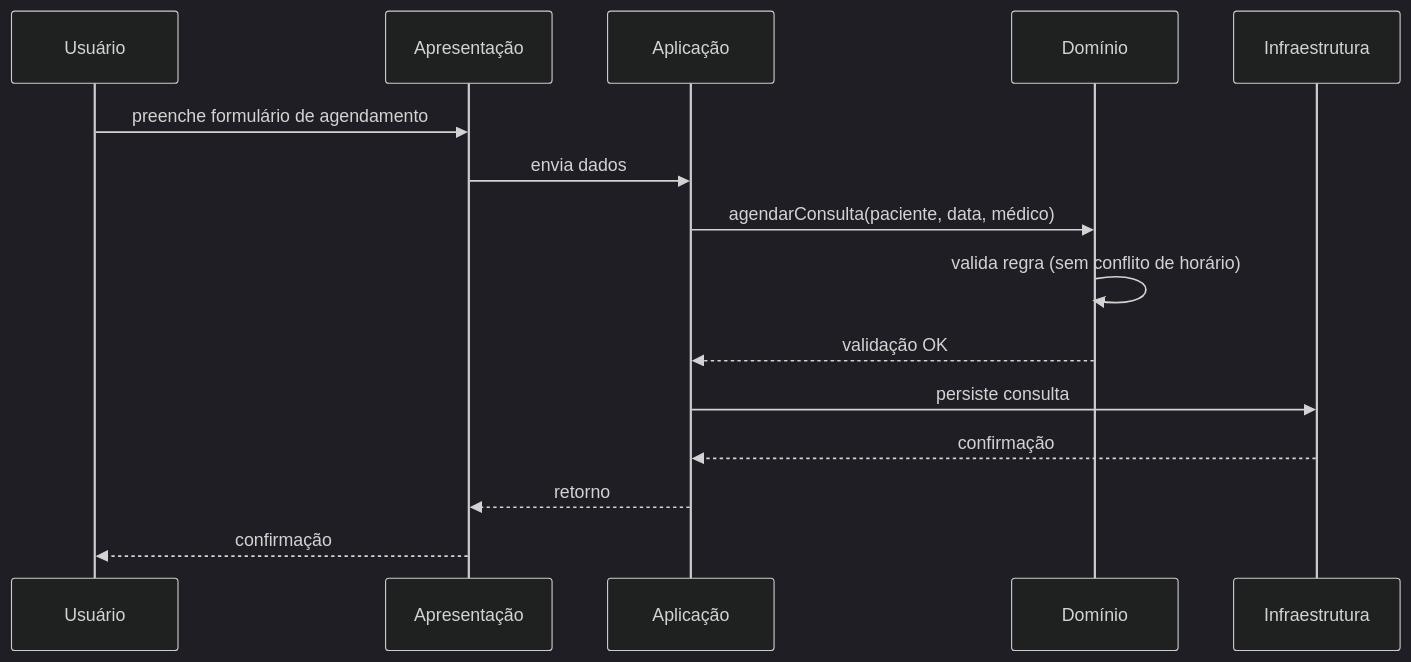
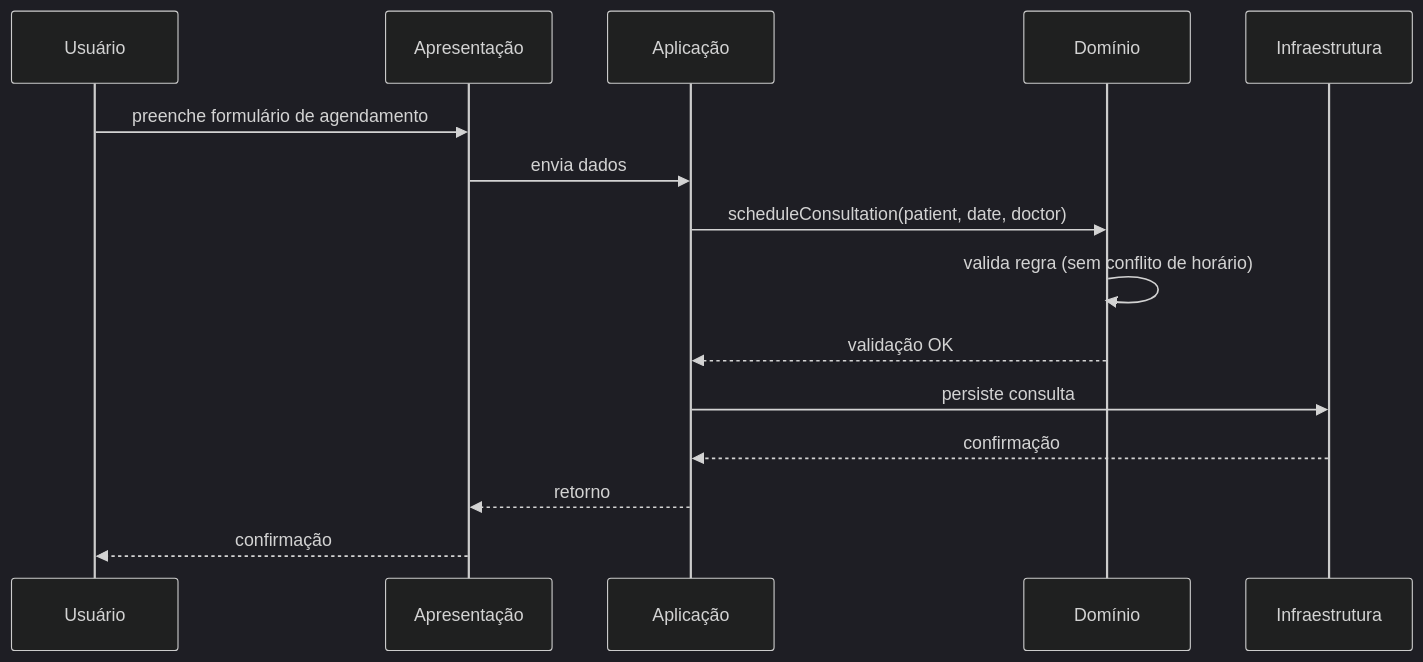
Before and after one commit to burn-c/arquitetura-de-software-fase-2: the second of 3 diagrams in docs/Estratégia e Inovação/Arquitetura de Software/3 - Arquitetura do Domínio/1 - Isolando o Domínio com Arquitetura em Camadas.md, drawn with Mermaid (dark theme). The commit also changed other lines of this file and 6 other files, not shown here.

````diff
--- a/docs/Estratégia e Inovação/Arquitetura de Software/3 - Arquitetura do Domínio/1 - Isolando o Domínio com Arquitetura em Camadas.md
+++ b/docs/Estratégia e Inovação/Arquitetura de Software/3 - Arquitetura do Domínio/1 - Isolando o Domínio com Arquitetura em Camadas.md
@@ -95,18 +95,18 @@
 ```mermaid
 sequenceDiagram
     participant U as Usuário
     participant P as Apresentação
     participant A as Aplicação
     participant D as Domínio
     participant I as Infraestrutura
 
     U->>P: preenche formulário de agendamento
     P->>A: envia dados
-    A->>D: agendarConsulta(paciente, data, médico)
+    A->>D: scheduleConsultation(patient, date, doctor)
     D->>D: valida regra (sem conflito de horário)
     D-->>A: validação OK
     A->>I: persiste consulta
     I-->>A: confirmação
     A-->>P: retorno
     P-->>U: confirmação
 ```
````
